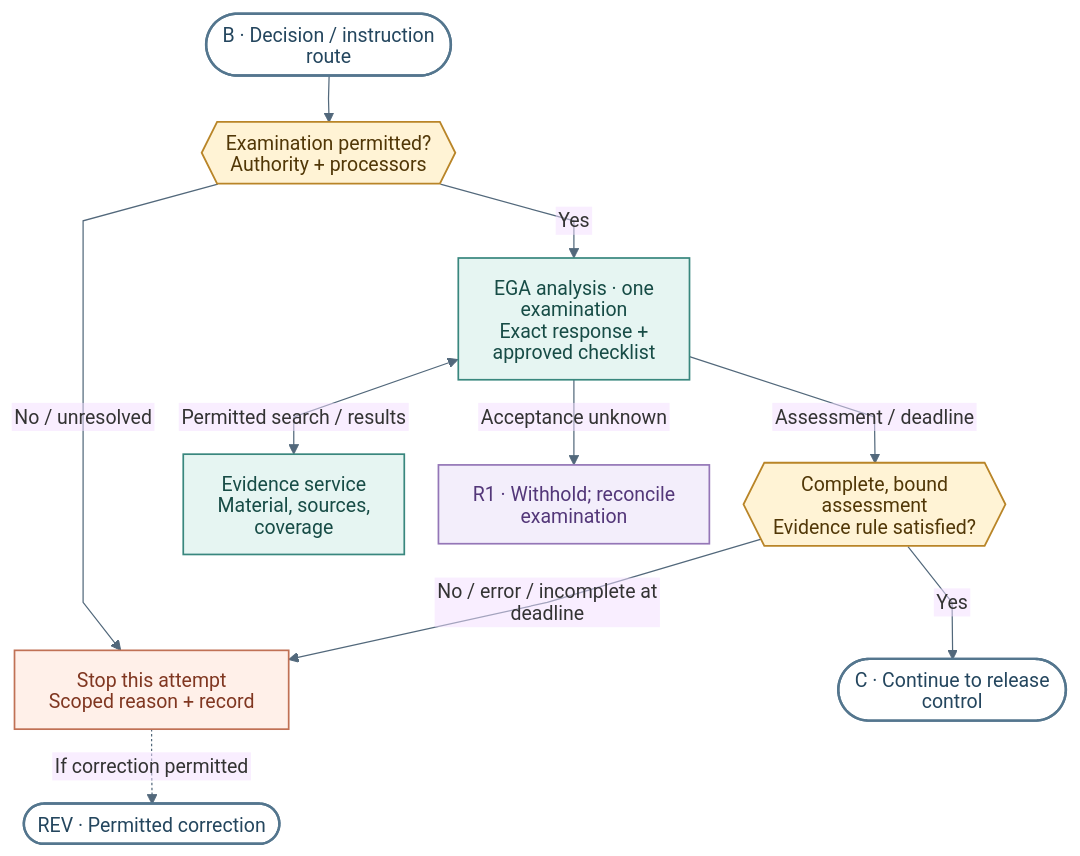
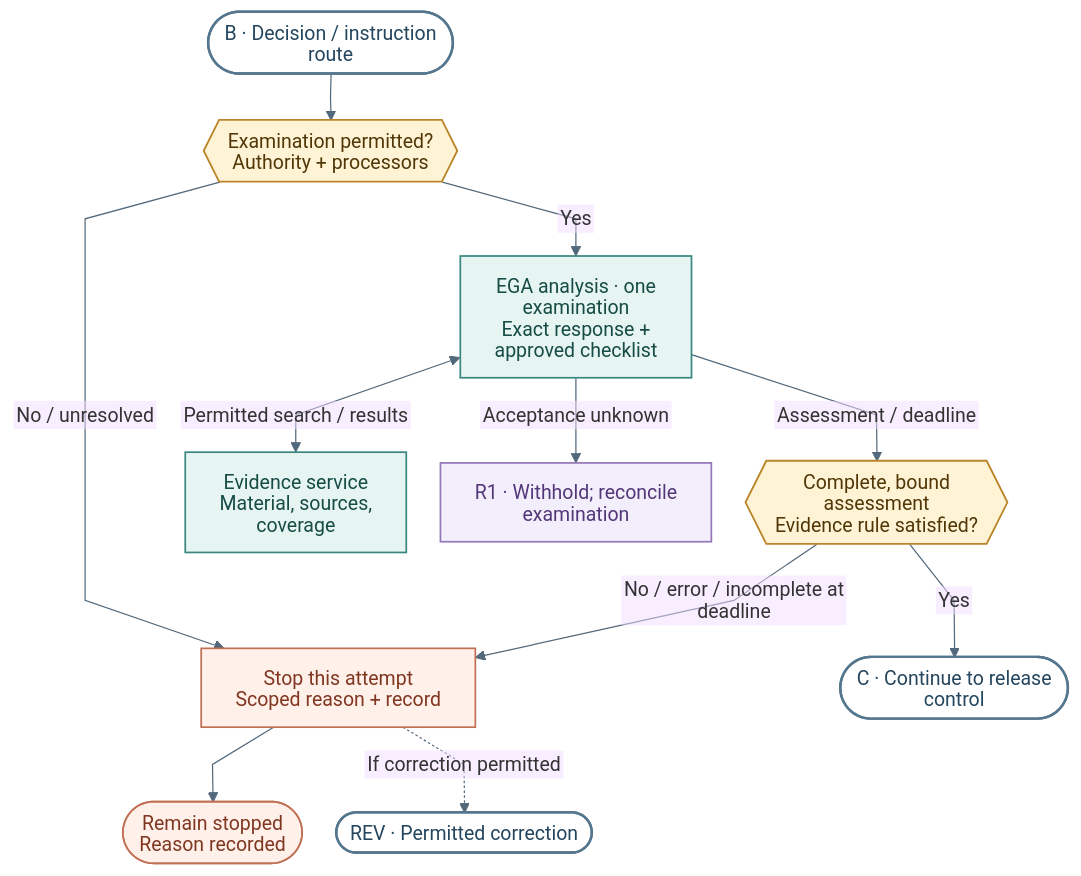
One commit to robertschaub/our-ai-charter changed the fourth of 7 diagrams in docs/Assurance/Concepts/evidence-gated-agents.md. Above: the diagram before and after it, drawn with Mermaid. The commit also changed other lines of this file and 8 other files, not shown here.

Commit message:
docs(ega): clarify exits and publish coordinated diagrams

````diff
--- a/docs/Assurance/Concepts/evidence-gated-agents.md
+++ b/docs/Assurance/Concepts/evidence-gated-agents.md
@@ -242,22 +251,23 @@
 ```mermaid
 %%{init: {"theme":"base","themeCSS":".edgeLabel .label rect{fill:#fff!important;opacity:1!important}","themeVariables":{"fontFamily":"Arial, sans-serif","fontSize":"16px","lineColor":"#52687b"},"flowchart":{"curve":"linear","nodeSpacing":28,"rankSpacing":38,"padding":14,"wrappingWidth":190},"htmlLabels":false}}%%
 flowchart TD
  B(["B · Decision / instruction route"]):::link --> P{{"Examination permitted?<br/>Authority + processors"}}:::gate
  P -->|No / unresolved| S["Stop this attempt<br/>Scoped reason + record"]:::stop
  P -->|Yes| A["EGA analysis · one examination<br/>Exact response + approved checklist"]:::evidence
  A <-->|Permitted search / results| ES["Evidence service<br/>Material, sources, coverage"]:::evidence
  A -->|Acceptance unknown| U["R1 · Withhold; reconcile examination"]:::uncertain
  A -->|Assessment / deadline| G{{"Complete, bound assessment<br/>Evidence rule satisfied?"}}:::gate
  G -->|No / error / incomplete at deadline| S
  G -->|Yes| C(["C · Continue to release control"]):::link
 
+ S --> END(["Remain stopped<br/>Reason recorded"]):::stop
  S -.->|If correction permitted| REV(["REV · Permitted correction"]):::link
 
 classDef work fill:#edf4fc,stroke:#6d8fb8,color:#17344c,stroke-width:1.4px
 classDef gate fill:#fff3d5,stroke:#b98528,color:#513707,stroke-width:1.5px
 classDef evidence fill:#e6f5f2,stroke:#39877e,color:#174c46,stroke-width:1.4px
 classDef stop fill:#fff0e9,stroke:#c07155,color:#803721,stroke-width:1.4px
 classDef result fill:#edf5e8,stroke:#678950,color:#304d22,stroke-width:1.4px
 classDef uncertain fill:#f3eefb,stroke:#9476b7,color:#533779,stroke-width:1.4px
 classDef link fill:#fff,stroke:#54768e,color:#24465e,stroke-width:2px
 ```
````
